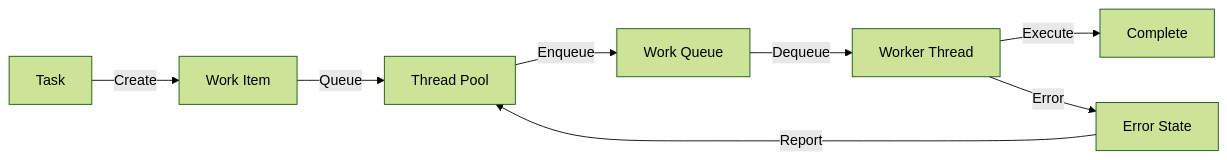
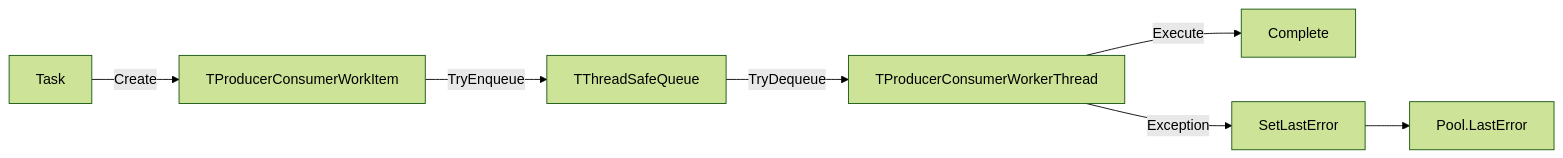
The fourth of 4 diagrams in docs/ThreadPool.ProducerConsumer-Technical.md (ikelaiah/threadpool-fp), drawn with Mermaid (forest theme) before and after one commit. The commit also changed other lines of this file and 15 other files, not shown here.

````diff
--- a/docs/ThreadPool.ProducerConsumer-Technical.md
+++ b/docs/ThreadPool.ProducerConsumer-Technical.md
@@ -158,10 +124,9 @@
 ```mermaid
 flowchart LR
-    A[Task] -->|Create| B[Work Item]
-    B -->|Queue| C[Thread Pool]
-    C -->|Enqueue| D[Work Queue]
-    D -->|Dequeue| E[Worker Thread]
-    E -->|Execute| F[Complete]
-    E -->|Error| G[Error State]
-    G -->|Report| C
+    A[Task] -->|Create| B[TProducerConsumerWorkItem]
+    B -->|TryEnqueue| C[TThreadSafeQueue]
+    C -->|TryDequeue| D[TProducerConsumerWorkerThread]
+    D -->|Execute| E[Complete]
+    D -->|Exception| F[SetLastError]
+    F --> G[Pool.LastError]
 ```
````
